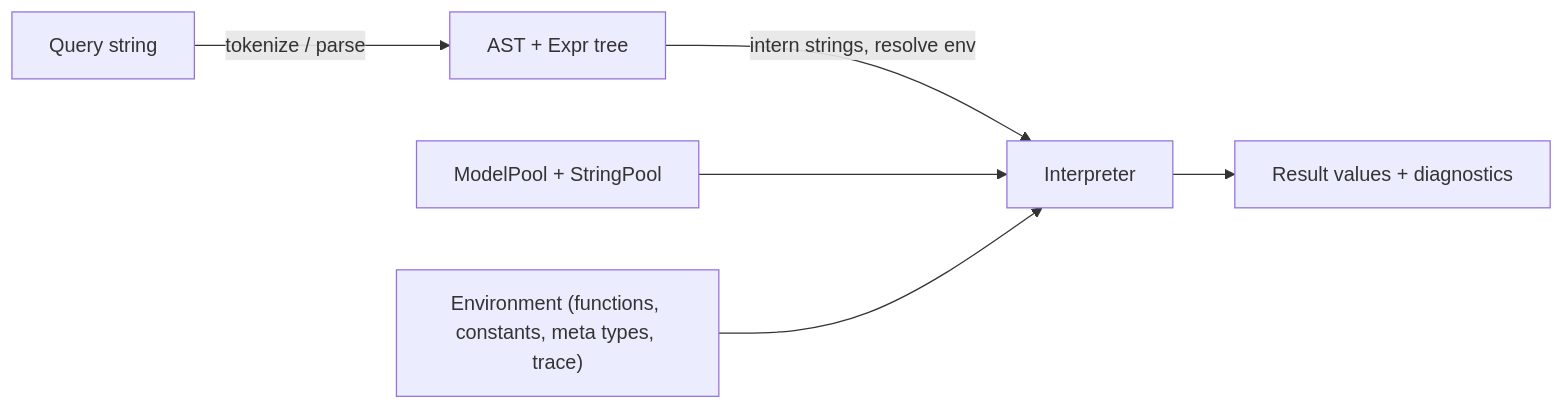
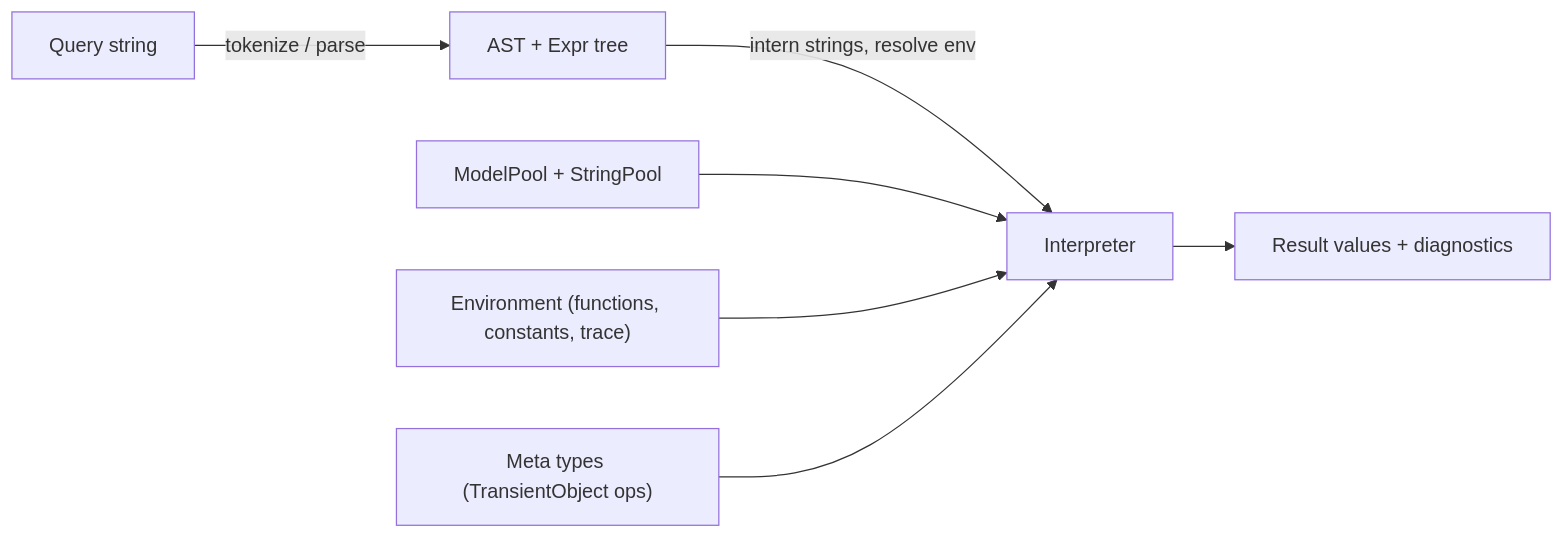
Before and after one commit to Klebert-Engineering/simfil: the first of 9 diagrams in docs/simfil-dev-guide.md, drawn with Mermaid. The commit also changed other lines of this file and 1 other file, not shown here.

````diff
--- a/docs/simfil-dev-guide.md
+++ b/docs/simfil-dev-guide.md
@@ -7,8 +7,9 @@
 ```mermaid
 flowchart LR
   Q["Query string"] -->|"tokenize / parse"| AST["AST + Expr tree"]
   AST -->|"intern strings, resolve env"| Eval["Interpreter"]
   ModelPool["ModelPool + StringPool"] --> Eval
-  Env["Environment (functions, constants, meta types, trace)"] --> Eval
+  Env["Environment (functions, constants, trace)"] --> Eval
+  Meta["Meta types (TransientObject ops)"] --> Eval
   Eval --> Values["Result values + diagnostics"]
 ```
````
